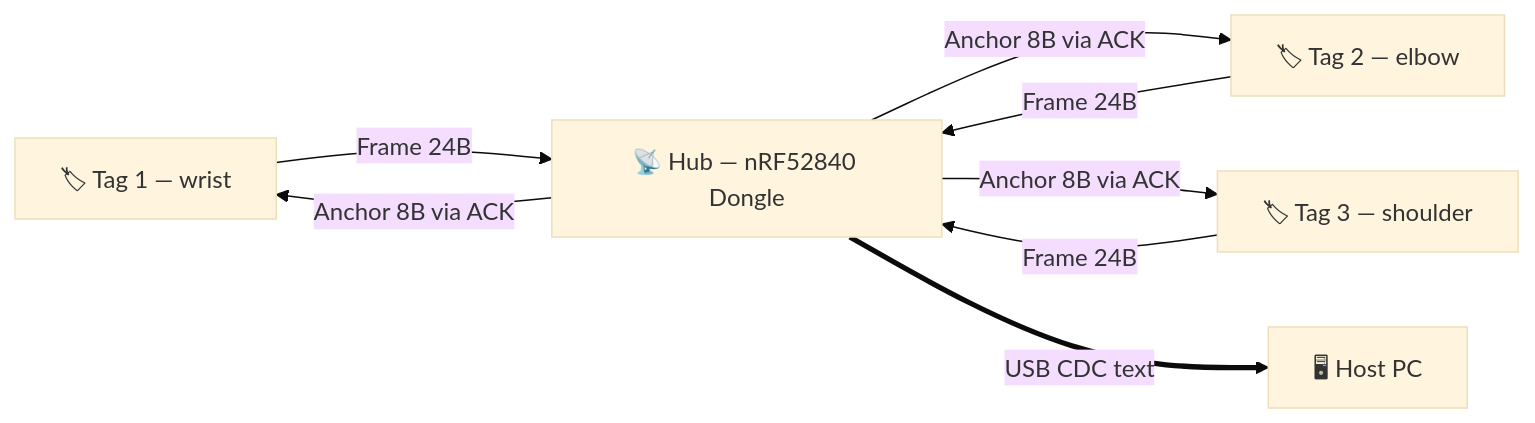
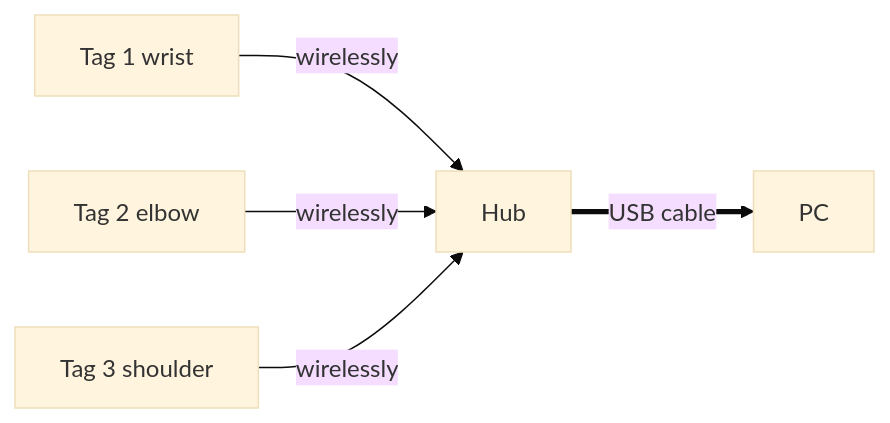
The first of 7 diagrams in docs/RF_PROTOCOL_REFERENCE.md (Mrunmoy/HelixDrift), drawn with Mermaid (base theme) before and after one commit. The commit also changed other lines of this file, not shown here.

````diff
--- a/docs/RF_PROTOCOL_REFERENCE.md
+++ b/docs/RF_PROTOCOL_REFERENCE.md
@@ -14,10 +53,7 @@
 ```mermaid
 graph LR
-    T1["🏷 Tag 1 — wrist"] -->|Frame 24B| Hub["📡 Hub — nRF52840 Dongle"]
-    T2["🏷 Tag 2 — elbow"] -->|Frame 24B| Hub
-    T3["🏷 Tag 3 — shoulder"] -->|Frame 24B| Hub
-    Hub -->|Anchor 8B via ACK| T1
-    Hub -->|Anchor 8B via ACK| T2
-    Hub -->|Anchor 8B via ACK| T3
-    Hub ==>|USB CDC text| PC["🖥 Host PC"]
+    T1["Tag 1 wrist"] -->|"wirelessly"| Hub["Hub"]
+    T2["Tag 2 elbow"] -->|"wirelessly"| Hub
+    T3["Tag 3 shoulder"] -->|"wirelessly"| Hub
+    Hub ==>|"USB cable"| PC["PC"]
 ```
````
